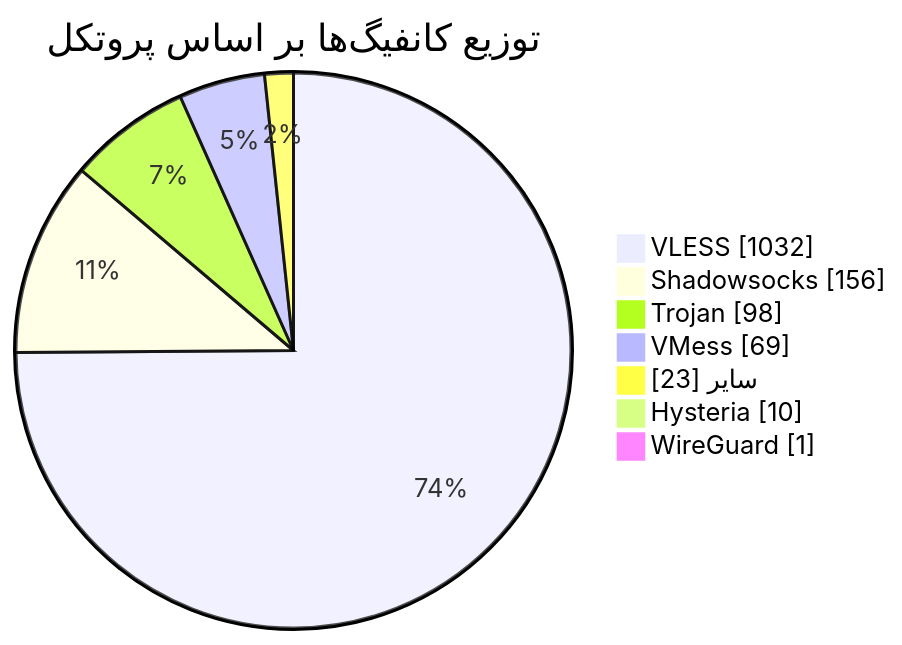
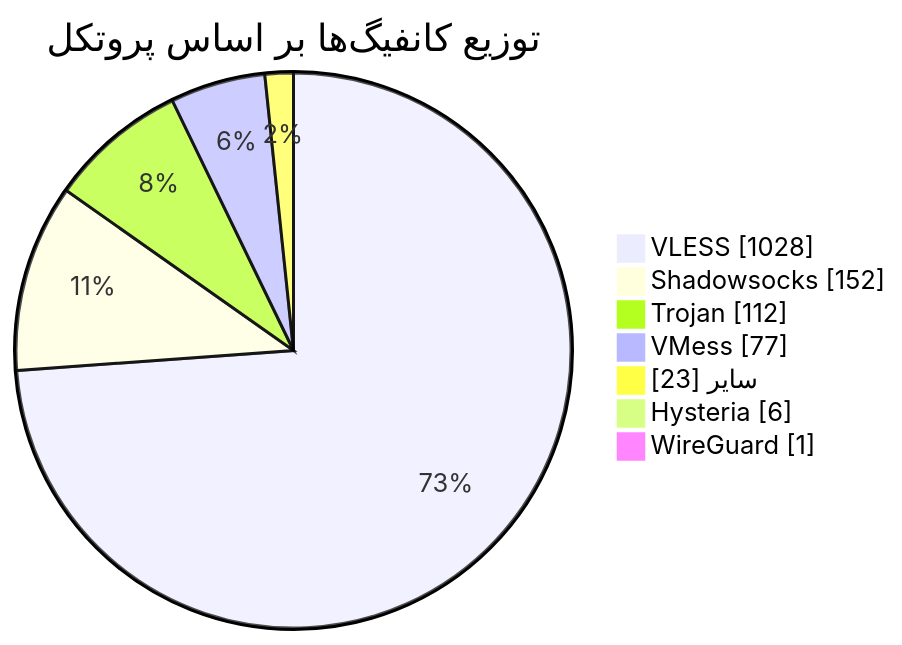
Before and after one commit to Arian-Alijani/Somthing: the diagram in README.md, drawn with Mermaid. The commit also changed other lines of this file and 111 other files, not shown here.

````diff
--- a/README.md
+++ b/README.md
@@ -51,11 +51,11 @@
 ```mermaid
 pie showData
     title توزیع کانفیگ‌ها بر اساس پروتکل
-    "VLESS" : 1032
-    "Shadowsocks" : 156
-    "Trojan" : 98
-    "VMess" : 69
+    "VLESS" : 1028
+    "Shadowsocks" : 152
+    "Trojan" : 112
+    "VMess" : 77
     "سایر" : 23
-    "Hysteria" : 10
+    "Hysteria" : 6
     "WireGuard" : 1
 ```
````
